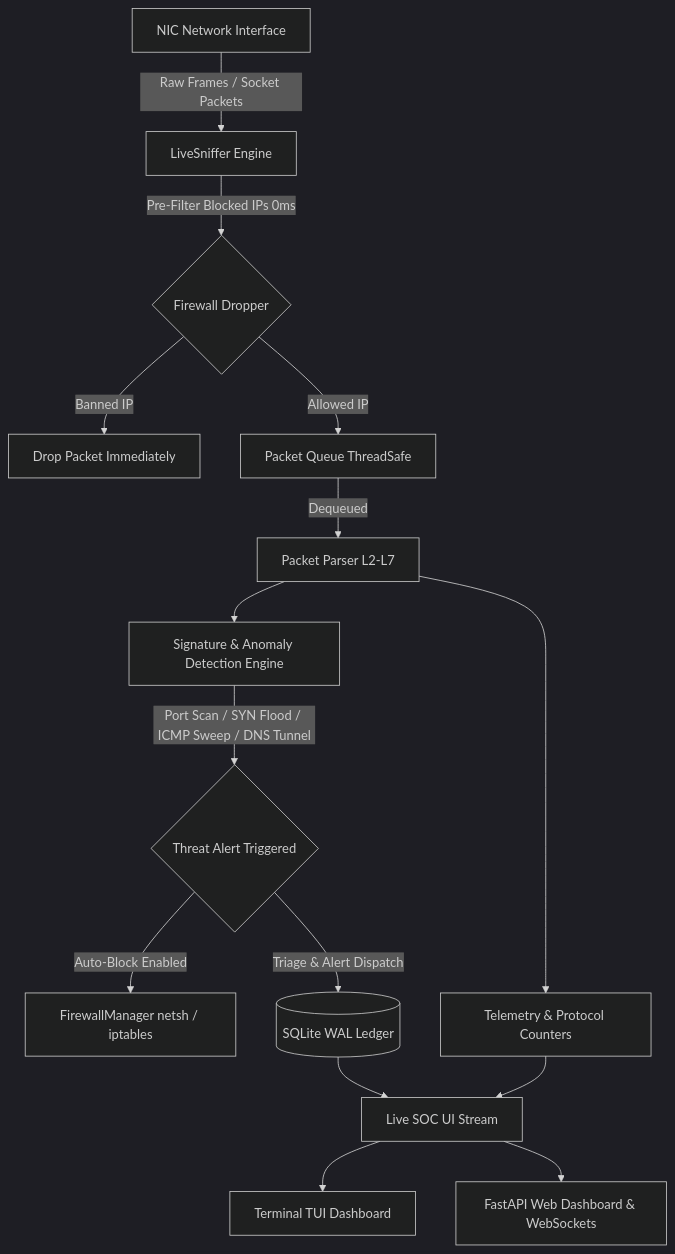
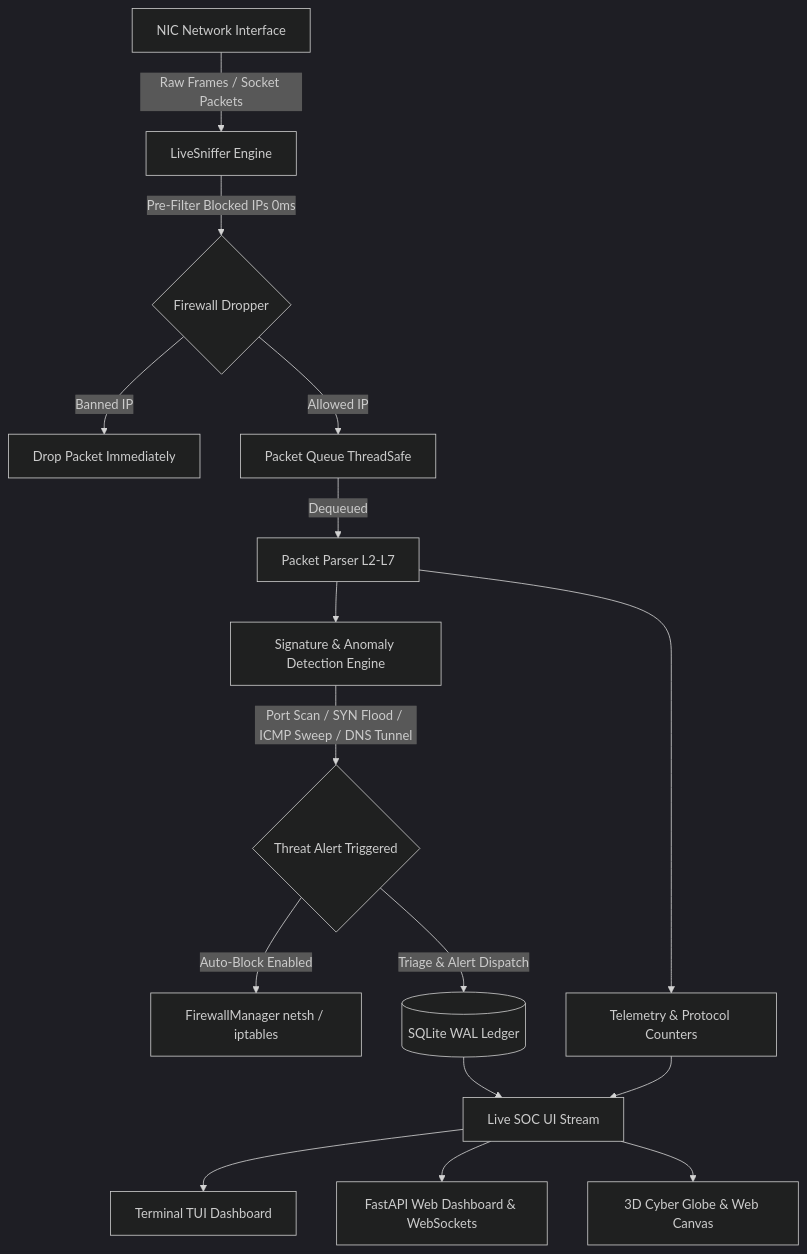
The diagram in README.md (Sathvikpolipati/CyberShield), drawn with Mermaid (dark theme) before and after one commit. The commit also changed other lines of this file and 26 other files, not shown here.

````diff
--- a/README.md
+++ b/README.md
@@ -33,17 +48,18 @@
 ```mermaid
 graph TD
     A[NIC Network Interface] -->|Raw Frames / Socket Packets| B[LiveSniffer Engine]
     B -->|Pre-Filter Blocked IPs 0ms| C{Firewall Dropper}
     C -->|Banned IP| D[Drop Packet Immediately]
     C -->|Allowed IP| E[Packet Queue ThreadSafe]
     E -->|Dequeued| F[Packet Parser L2-L7]
     F --> G[Signature & Anomaly Detection Engine]
     G -->|Port Scan / SYN Flood / ICMP Sweep / DNS Tunnel| H{Threat Alert Triggered}
     H -->|Auto-Block Enabled| I[FirewallManager netsh / iptables]
     H -->|Triage & Alert Dispatch| J[(SQLite WAL Ledger)]
     F --> K[Telemetry & Protocol Counters]
     J --> L[Live SOC UI Stream]
     K --> L
     L --> M[Terminal TUI Dashboard]
     L --> N[FastAPI Web Dashboard & WebSockets]
+    L --> O[3D Cyber Globe & Web Canvas]
 ```
````
